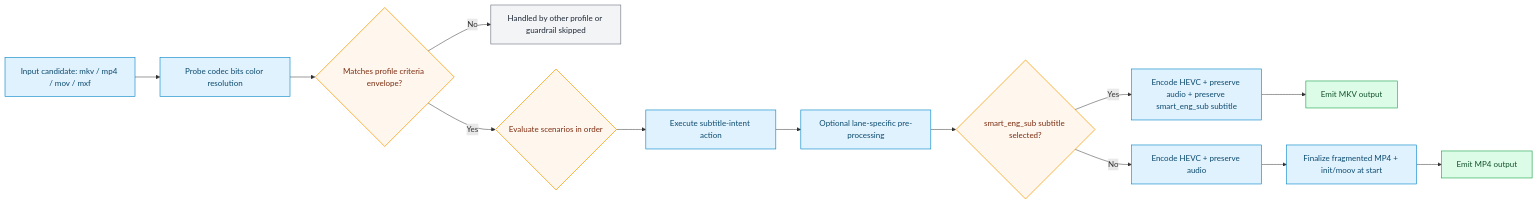
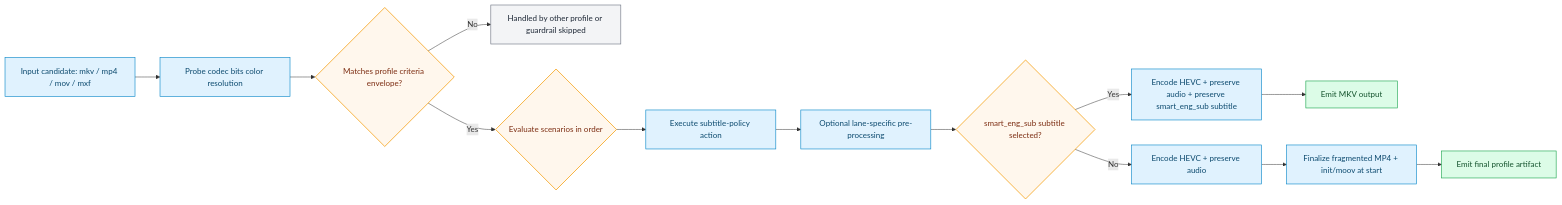
One commit to CraigWatt/vfo changed the diagram in platform/docs-site/docs/profiles/generated/craigstreamy-hevc-smart-eng-sub-aggressive-vmaf-1080p.md. Above: the diagram before and after it, drawn with Mermaid. The commit also changed 32 other files, not shown here.

````diff
--- a/platform/docs-site/docs/profiles/generated/craigstreamy-hevc-smart-eng-sub-aggressive-vmaf-1080p.md
+++ b/platform/docs-site/docs/profiles/generated/craigstreamy-hevc-smart-eng-sub-aggressive-vmaf-1080p.md
@@ -69,20 +69,20 @@
 ```mermaid
 flowchart LR
   classDef gate fill:#fff7ed,stroke:#f59e0b,color:#7c2d12,stroke-width:1.5px;
   classDef stage fill:#e0f2fe,stroke:#0284c7,color:#0c4a6e,stroke-width:1.2px;
   classDef output fill:#dcfce7,stroke:#16a34a,color:#14532d,stroke-width:1.2px;
   classDef skip fill:#f3f4f6,stroke:#6b7280,color:#1f2937,stroke-width:1.2px;
 
   A[Input candidate: mkv / mp4 / mov / mxf]:::stage --> B[Probe codec bits color resolution]:::stage
   B --> C{Matches profile criteria envelope?}:::gate
   C -->|No| Z[Handled by other profile or guardrail skipped]:::skip
   C -->|Yes| D{Evaluate scenarios in order}:::gate
-  D --> E[Execute subtitle-intent action]:::stage
+  D --> E[Execute subtitle-policy action]:::stage
   E --> P[Optional lane-specific pre-processing]:::stage
   P --> F{smart_eng_sub subtitle selected?}:::gate
   F -->|Yes| G[Encode HEVC + preserve audio + preserve smart_eng_sub subtitle]:::stage
   G --> H[Emit MKV output]:::output
   F -->|No| I[Encode HEVC + preserve audio]:::stage
   I --> J[Finalize fragmented MP4 + init/moov at start]:::stage
-  J --> K[Emit MP4 output]:::output
+  J --> K[Emit final profile artifact]:::output
 ```
````
